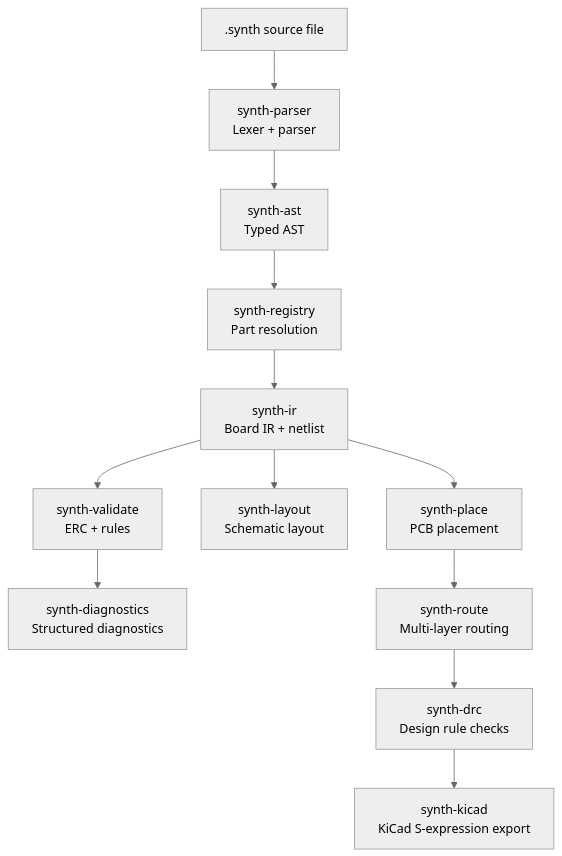
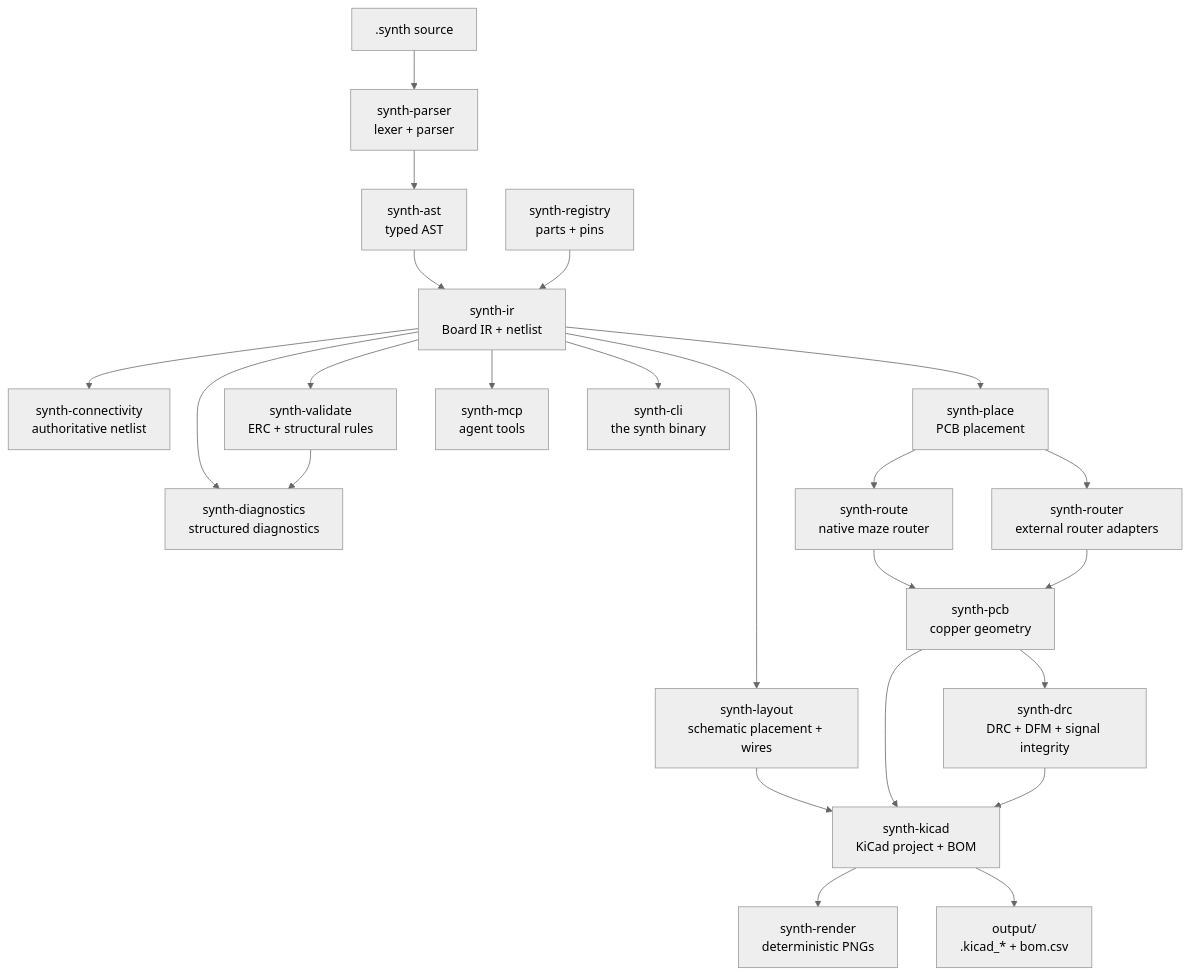
Before and after one commit to absmach/synth-docs: the diagram in content/docs/dev-guide/architecture.mdx, drawn with Mermaid (neutral theme). The commit also changed other lines of this file and 46 other files, not shown here.

````diff
--- a/content/docs/dev-guide/architecture.mdx
+++ b/content/docs/dev-guide/architecture.mdx
@@ -13,14 +16,25 @@
 ```mermaid
 flowchart TD
-    SRC[".synth source file"] --> Parser["synth-parser\nLexer + parser"]
-    Parser --> AST["synth-ast\nTyped AST"]
-    AST --> Registry["synth-registry\nPart resolution"]
-    Registry --> IR["synth-ir\nBoard IR + netlist"]
-    IR --> Validate["synth-validate\nERC + rules"]
-    Validate --> Diag["synth-diagnostics\nStructured diagnostics"]
-    IR --> Layout["synth-layout\nSchematic layout"]
-    IR --> Place["synth-place\nPCB placement"]
-    Place --> Route["synth-route\nMulti-layer routing"]
-    Route --> DRC["synth-drc\nDesign rule checks"]
-    DRC --> KiCad["synth-kicad\nKiCad S-expression export"]
+    SRC[".synth source"] --> PARSER["synth-parser<br/>lexer + parser"]
+    PARSER --> AST["synth-ast<br/>typed AST"]
+    AST --> IR["synth-ir<br/>Board IR + netlist"]
+    REG["synth-registry<br/>parts + pins"] --> IR
+    IR --> DIAG["synth-diagnostics<br/>structured diagnostics"]
+    IR --> CONN["synth-connectivity<br/>authoritative netlist"]
+    IR --> VALIDATE["synth-validate<br/>ERC + structural rules"]
+    VALIDATE --> DIAG
+    IR --> LAYOUT["synth-layout<br/>schematic placement + wires"]
+    IR --> PLACE["synth-place<br/>PCB placement"]
+    PLACE --> ROUTE["synth-route<br/>native maze router"]
+    PLACE --> ROUTER["synth-router<br/>external router adapters"]
+    ROUTE --> PCB["synth-pcb<br/>copper geometry"]
+    ROUTER --> PCB
+    PCB --> DRC["synth-drc<br/>DRC + DFM + signal integrity"]
+    LAYOUT --> KICAD["synth-kicad<br/>KiCad project + BOM"]
+    PCB --> KICAD
+    DRC --> KICAD
+    KICAD --> RENDER["synth-render<br/>deterministic PNGs"]
+    KICAD --> OUT["output/<br/>.kicad_* + bom.csv"]
+    IR --> MCP["synth-mcp<br/>agent tools"]
+    IR --> CLI["synth-cli<br/>the synth binary"]
 ```
````
